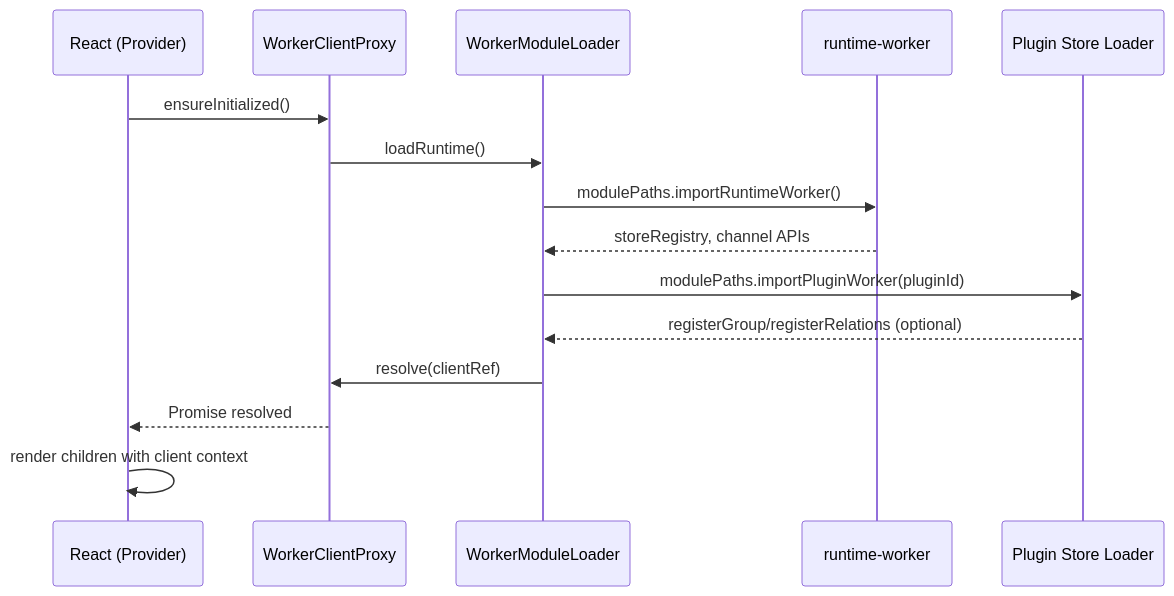
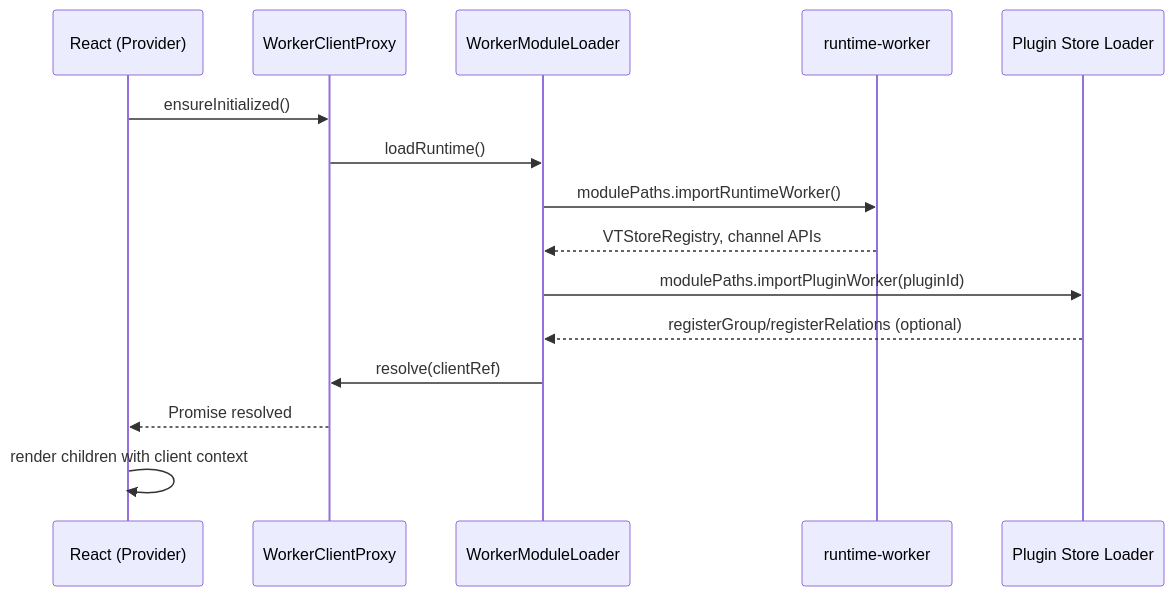
Before and after one commit to kubohiroya/hierarchidb: the third of 7 diagrams in docs/design/worker-dynamic-import-architecture.md, drawn with Mermaid. The commit also changed other lines of this file and 16 other files, not shown here.

Commit message:
feat(runtime-worker): add VTStoreRegistry preloads

````diff
--- a/docs/design/worker-dynamic-import-architecture.md
+++ b/docs/design/worker-dynamic-import-architecture.md
@@ -96,18 +96,18 @@
 ```mermaid
 sequenceDiagram
     participant UI as React (Provider)
     participant Proxy as WorkerClientProxy
     participant Loader as WorkerModuleLoader
     participant Runtime as runtime-worker
     participant Plugin as Plugin Store Loader
 
     UI->>Proxy: ensureInitialized()
     Proxy->>Loader: loadRuntime()
     Loader->>Runtime: modulePaths.importRuntimeWorker()
-    Runtime-->>Loader: storeRegistry, channel APIs
+    Runtime-->>Loader: VTStoreRegistry, channel APIs
     Loader->>Plugin: modulePaths.importPluginWorker(pluginId)
     Plugin-->>Loader: registerGroup/registerRelations (optional)
     Loader->>Proxy: resolve(clientRef)
     Proxy-->>UI: Promise resolved
     UI->>UI: render children with client context
 ```
````
